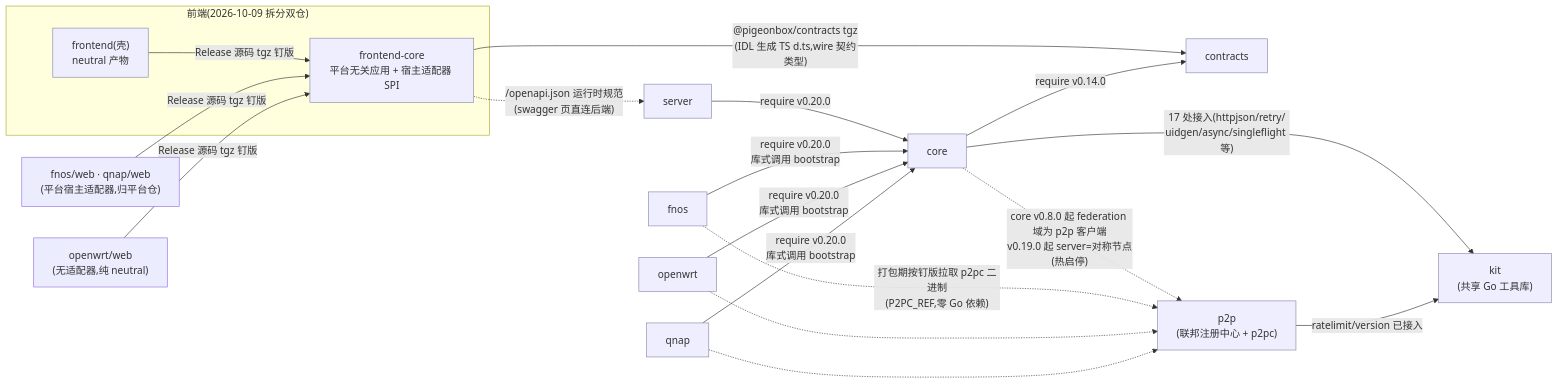
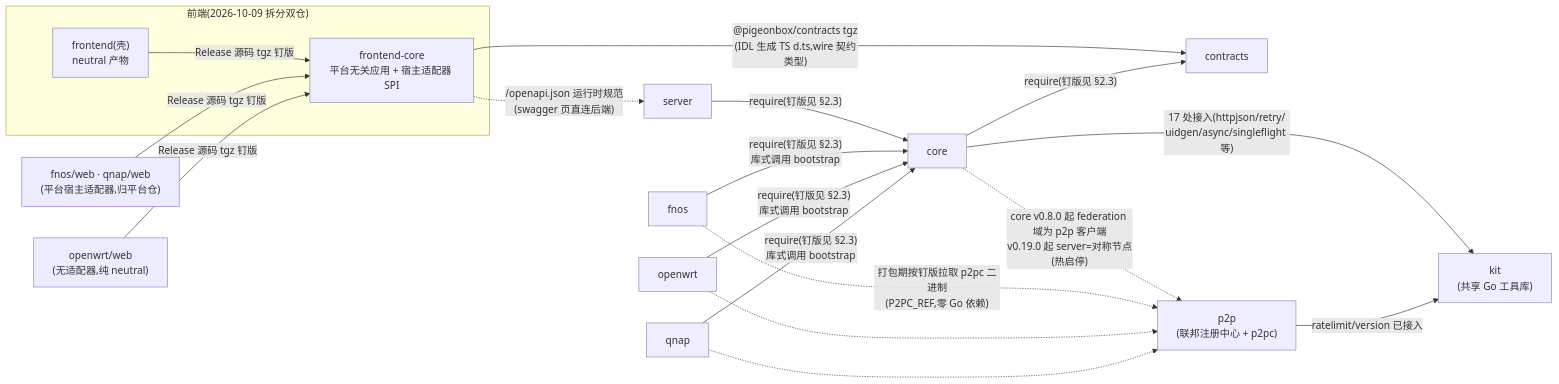
The second of 10 diagrams in docs/architecture.md (pigeonbox/pigeonbox), drawn with Mermaid before and after one commit. The commit also changed other lines of this file, not shown here.

First line of the commit message:
fix(docs): 架构图去版本化,版本以 §2.3 矩阵为准

````diff
--- a/docs/architecture.md
+++ b/docs/architecture.md
@@ -63,28 +64,28 @@
 ```mermaid
 graph LR
     subgraph FEW["前端(2026-10-09 拆分双仓)"]
         FES["frontend(壳)<br/>neutral 产物"]
         FEC["frontend-core<br/>平台无关应用 + 宿主适配器 SPI"]
         FES -->|"Release 源码 tgz 钉版"| FEC
     end
     PW["fnos/web · qnap/web<br/>(平台宿主适配器,归平台仓)"] -->|"Release 源码 tgz 钉版"| FEC
     OWW["openwrt/web<br/>(无适配器,纯 neutral)"] -->|"Release 源码 tgz 钉版"| FEC
     FEC -->|"@pigeonbox/contracts tgz<br/>(IDL 生成 TS d.ts,wire 契约类型)"| CTX["contracts"]
     FEC -.->|"/openapi.json 运行时规范<br/>(swagger 页直连后端)"| SRV["server"]
-    SRV -->|"require v0.20.0"| CORE["core"]
-    FNOS["fnos"] -->|"require v0.20.0<br/>库式调用 bootstrap"| CORE
-    OWRT["openwrt"] -->|"require v0.20.0<br/>库式调用 bootstrap"| CORE
-    QNAPG["qnap"] -->|"require v0.20.0<br/>库式调用 bootstrap"| CORE
-    CORE -->|"require v0.14.0"| CTX
+    SRV -->|"require(钉版见 §2.3)"| CORE["core"]
+    FNOS["fnos"] -->|"require(钉版见 §2.3)<br/>库式调用 bootstrap"| CORE
+    OWRT["openwrt"] -->|"require(钉版见 §2.3)<br/>库式调用 bootstrap"| CORE
+    QNAPG["qnap"] -->|"require(钉版见 §2.3)<br/>库式调用 bootstrap"| CORE
+    CORE -->|"require(钉版见 §2.3)"| CTX
     P2P["p2p<br/>(联邦注册中心 + p2pc)"]
     CORE -.->|"core v0.8.0 起 federation 域为 p2p 客户端<br/>v0.19.0 起 server=对称节点(热启停)"| P2P
     FNOS -.->|"打包期按钉版拉取 p2pc 二进制<br/>(P2PC_REF,零 Go 依赖)"| P2P
     OWRT -.-> P2P
     QNAPG -.-> P2P
     KIT["kit<br/>(共享 Go 工具库)"]
     CORE -->|"17 处接入(httpjson/retry/<br/>uidgen/async/singleflight 等)"| KIT
     P2P -->|"ratelimit/version 已接入"| KIT
 
     classDef plain fill:#eef,stroke:#88a
     class CTX,CORE,SRV,FES,FEC,FNOS,OWRT,QNAPG,P2P,KIT plain
 ```
````
